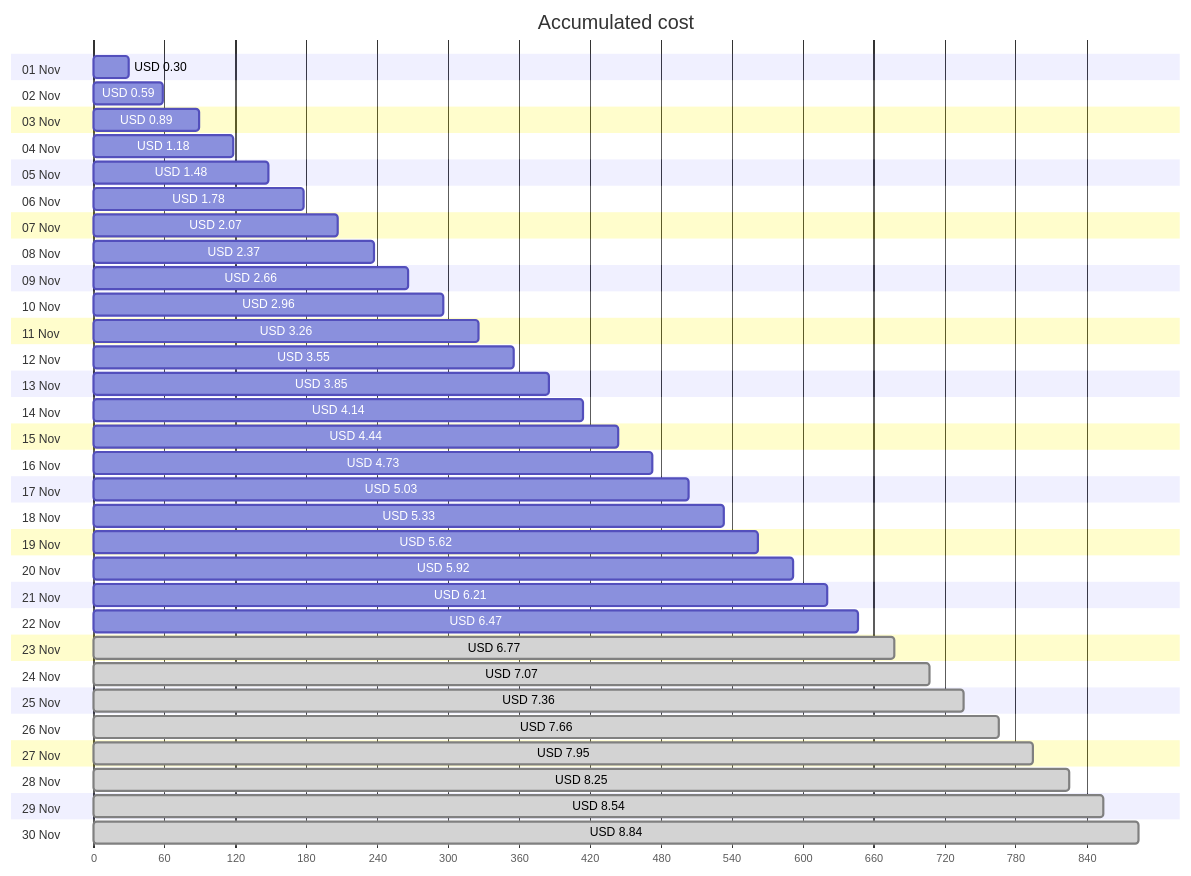
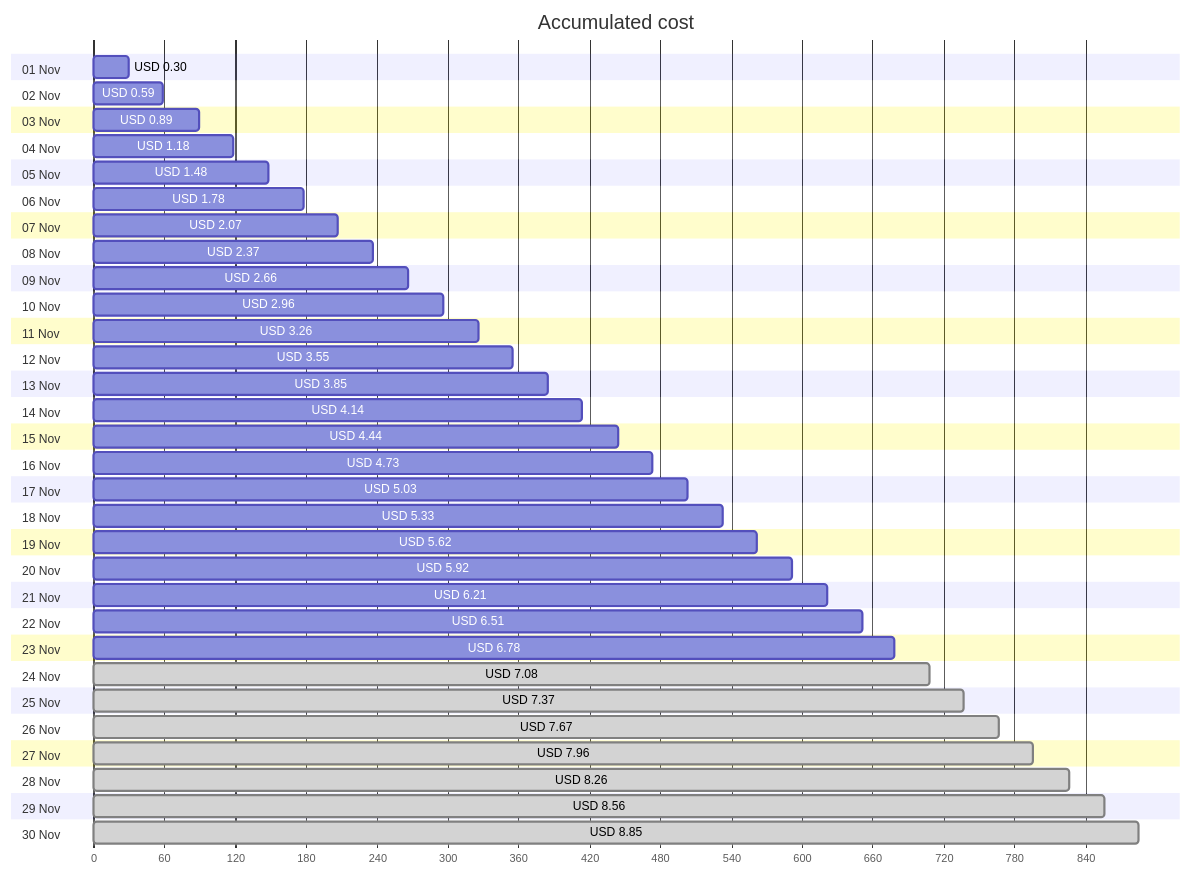
One commit to jpfulton/azure-personal-reports changed the first of 4 diagrams in cost-reports/personal-site/personal-site-preview.md. Above: the diagram before and after it, drawn with Mermaid. The commit also changed other lines of this file and 6 other files, not shown here.

````diff
--- a/cost-reports/personal-site/personal-site-preview.md
+++ b/cost-reports/personal-site/personal-site-preview.md
@@ -20,66 +20,66 @@
 ```mermaid
 gantt
    title Accumulated cost
    dateFormat  X
    axisFormat %s
    section 01 Nov
    USD 0.30 :0, 30
    section 02 Nov
    USD 0.59 :0, 59
    section 03 Nov
    USD 0.89 :0, 89
    section 04 Nov
    USD 1.18 :0, 118
    section 05 Nov
    USD 1.48 :0, 148
    section 06 Nov
    USD 1.78 :0, 178
    section 07 Nov
    USD 2.07 :0, 207
    section 08 Nov
    USD 2.37 :0, 237
    section 09 Nov
    USD 2.66 :0, 266
    section 10 Nov
    USD 2.96 :0, 296
    section 11 Nov
    USD 3.26 :0, 326
    section 12 Nov
    USD 3.55 :0, 355
    section 13 Nov
    USD 3.85 :0, 385
    section 14 Nov
    USD 4.14 :0, 414
    section 15 Nov
    USD 4.44 :0, 444
    section 16 Nov
    USD 4.73 :0, 473
    section 17 Nov
    USD 5.03 :0, 503
    section 18 Nov
    USD 5.33 :0, 533
    section 19 Nov
    USD 5.62 :0, 562
    section 20 Nov
    USD 5.92 :0, 592
    section 21 Nov
    USD 6.21 :0, 621
    section 22 Nov
-   USD 6.47 :0, 647
+   USD 6.51 :0, 651
    section 23 Nov
-   USD 6.77 : done, 0, 677
+   USD 6.78 :0, 678
    section 24 Nov
-   USD 7.07 : done, 0, 707
+   USD 7.08 : done, 0, 708
    section 25 Nov
-   USD 7.36 : done, 0, 736
+   USD 7.37 : done, 0, 737
    section 26 Nov
-   USD 7.66 : done, 0, 766
+   USD 7.67 : done, 0, 767
    section 27 Nov
-   USD 7.95 : done, 0, 795
+   USD 7.96 : done, 0, 796
    section 28 Nov
-   USD 8.25 : done, 0, 825
+   USD 8.26 : done, 0, 826
    section 29 Nov
-   USD 8.54 : done, 0, 854
+   USD 8.56 : done, 0, 856
    section 30 Nov
-   USD 8.84 : done, 0, 884
+   USD 8.85 : done, 0, 885
 ```
````
